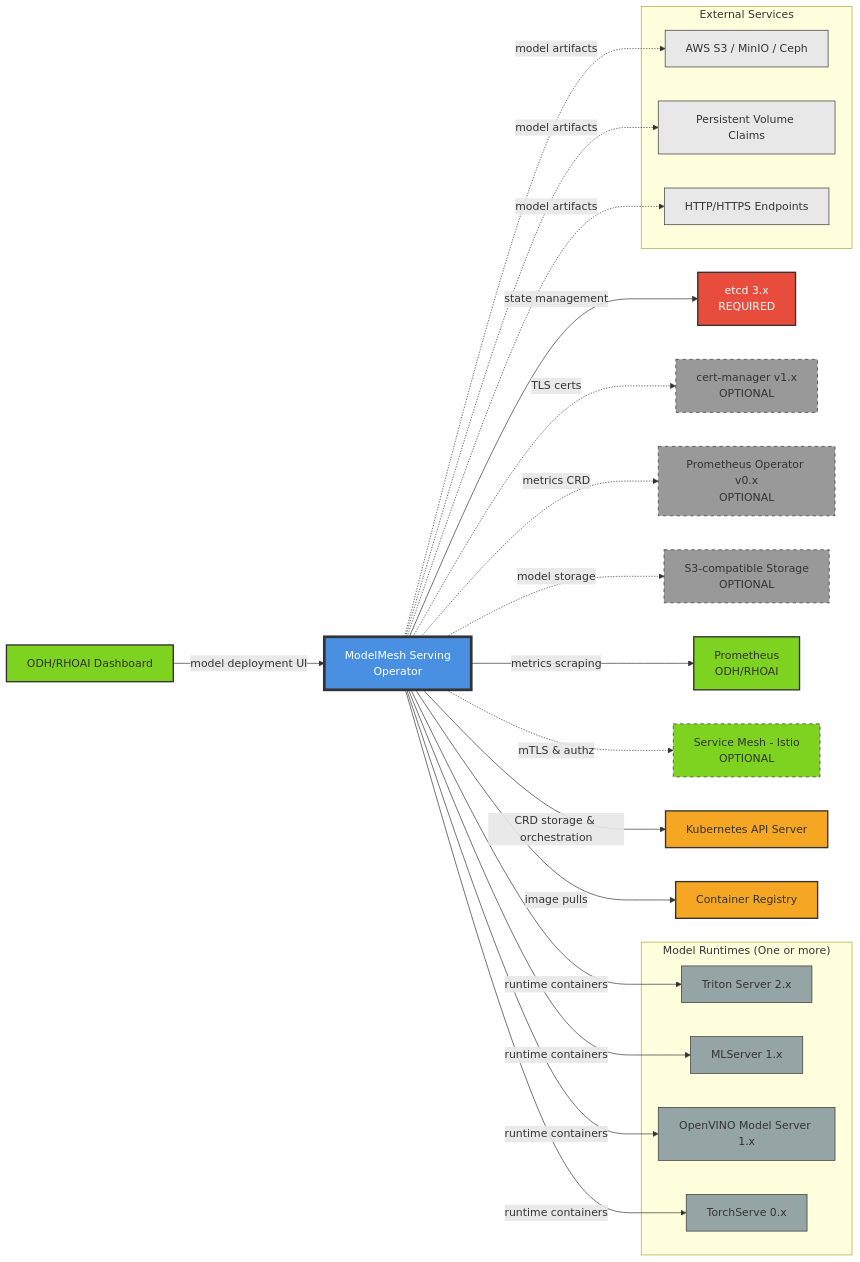
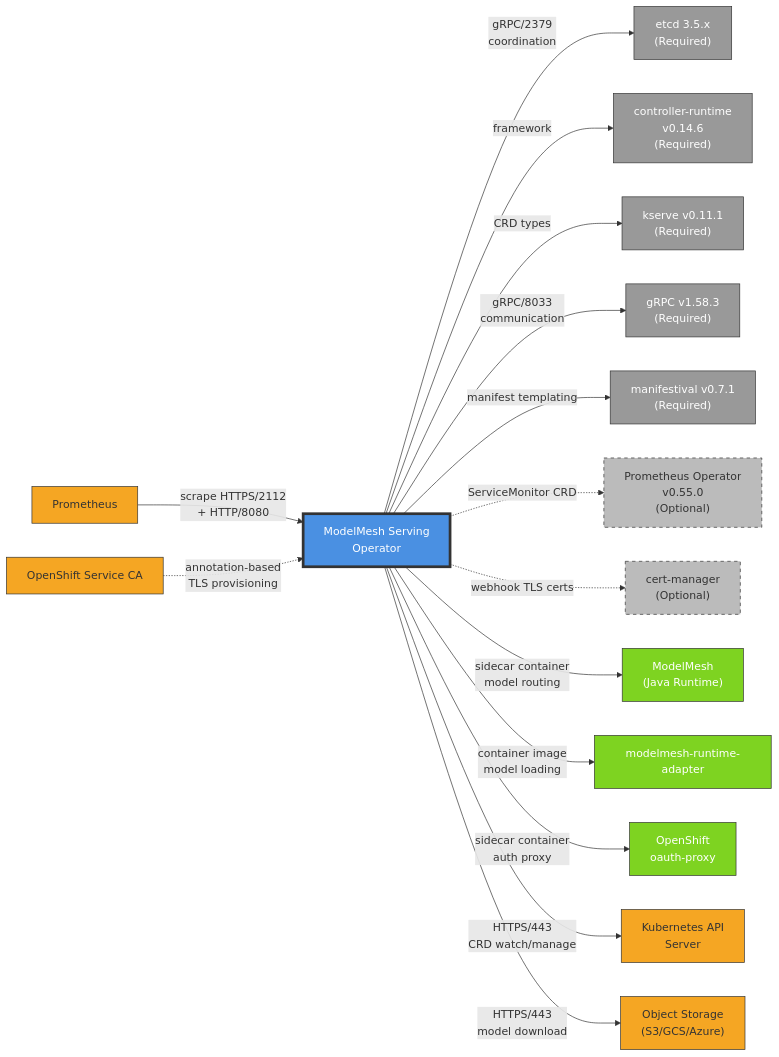
The diagram in architecture/rhoai-2.6/diagrams/modelmesh-serving-dependencies.mmd (rhuss/architecture-context), drawn with Mermaid before and after one commit. The commit also changed 325 other files, not shown here.

```diff
--- a/architecture/rhoai-2.6/diagrams/modelmesh-serving-dependencies.mmd
+++ b/architecture/rhoai-2.6/diagrams/modelmesh-serving-dependencies.mmd
@@ -1,74 +1,45 @@
+%% ModelMesh Serving - Component Dependency Graph
+%% Generated by: Claude Opus 4.6
+%% Source: architecture/rhoai-2.6/modelmesh-serving.md
+
 graph LR
-    ModelMesh[ModelMesh Serving<br/>Operator]
+    MMServing["ModelMesh Serving<br/>Operator"]
 
     %% External Dependencies (Required)
-    ModelMesh -->|state management| etcd[etcd 3.x<br/>REQUIRED]
+    MMServing -->|"gRPC/2379<br/>coordination"| etcd["etcd 3.5.x<br/>(Required)"]
+    MMServing -->|"framework"| ControllerRuntime["controller-runtime<br/>v0.14.6<br/>(Required)"]
+    MMServing -->|"CRD types"| KServe["kserve v0.11.1<br/>(Required)"]
+    MMServing -->|"gRPC/8033<br/>communication"| gRPC["gRPC v1.58.3<br/>(Required)"]
+    MMServing -->|"manifest templating"| Manifestival["manifestival v0.7.1<br/>(Required)"]
 
     %% External Dependencies (Optional)
-    ModelMesh -.->|TLS certs| CertManager[cert-manager v1.x<br/>OPTIONAL]
-    ModelMesh -.->|metrics CRD| PrometheusOp[Prometheus Operator v0.x<br/>OPTIONAL]
-    ModelMesh -.->|model storage| S3[S3-compatible Storage<br/>OPTIONAL]
+    MMServing -.->|"ServiceMonitor CRD"| PrometheusOp["Prometheus Operator<br/>v0.55.0<br/>(Optional)"]
+    MMServing -.->|"webhook TLS certs"| CertManager["cert-manager<br/>(Optional)"]
 
-    %% Internal ODH/RHOAI Dependencies
-    ModelMesh -->|metrics scraping| Prometheus[Prometheus<br/>ODH/RHOAI]
-    ModelMesh -.->|mTLS & authz| ServiceMesh[Service Mesh - Istio<br/>OPTIONAL]
+    %% Internal ODH Dependencies
+    MMServing -->|"sidecar container<br/>model routing"| ModelMeshJava["ModelMesh<br/>(Java Runtime)"]
+    MMServing -->|"container image<br/>model loading"| RuntimeAdapter["modelmesh-runtime-adapter"]
+    MMServing -->|"sidecar container<br/>auth proxy"| OAuthProxy["OpenShift<br/>oauth-proxy"]
 
     %% Integration Points
-    Dashboard[ODH/RHOAI Dashboard] -->|model deployment UI| ModelMesh
-
-    %% Kubernetes Platform
-    ModelMesh -->|CRD storage & orchestration| K8sAPI[Kubernetes API Server]
-    ModelMesh -->|image pulls| Registry[Container Registry]
-
-    %% Runtime Dependencies
-    subgraph "Model Runtimes (One or more)"
-        Triton[Triton Server 2.x]
-        MLServer[MLServer 1.x]
-        OpenVINO[OpenVINO Model Server 1.x]
-        TorchServe[TorchServe 0.x]
-    end
-
-    ModelMesh -->|runtime containers| Triton
-    ModelMesh -->|runtime containers| MLServer
-    ModelMesh -->|runtime containers| OpenVINO
-    ModelMesh -->|runtime containers| TorchServe
-
-    %% External Services
-    subgraph "External Services"
-        S3Service["AWS S3 / MinIO / Ceph"]
-        PVC["Persistent Volume Claims"]
-        HTTPEndpoints["HTTP/HTTPS Endpoints"]
-    end
-
-    ModelMesh -.->|model artifacts| S3Service
-    ModelMesh -.->|model artifacts| PVC
-    ModelMesh -.->|model artifacts| HTTPEndpoints
+    MMServing -->|"HTTPS/443<br/>CRD watch/manage"| K8sAPI["Kubernetes API<br/>Server"]
+    MMServing -->|"HTTPS/443<br/>model download"| ObjectStorage["Object Storage<br/>(S3/GCS/Azure)"]
+    Prometheus["Prometheus"] -->|"scrape HTTPS/2112<br/>+ HTTP/8080"| MMServing
+    ServiceCA["OpenShift Service CA"] -.->|"annotation-based<br/>TLS provisioning"| MMServing
 
     %% Styling
-    style ModelMesh fill:#4a90e2,stroke:#333,stroke-width:4px,color:#fff
-
-    %% External dependencies
-    style etcd fill:#e74c3c,stroke:#333,stroke-width:2px,color:#fff
-    style CertManager fill:#999,stroke:#333,stroke-width:1px,stroke-dasharray: 5 5
-    style PrometheusOp fill:#999,stroke:#333,stroke-width:1px,stroke-dasharray: 5 5
-    style S3 fill:#999,stroke:#333,stroke-width:1px,stroke-dasharray: 5 5
-
-    %% Internal dependencies
-    style Prometheus fill:#7ed321,stroke:#333,stroke-width:2px
-    style ServiceMesh fill:#7ed321,stroke:#333,stroke-width:1px,stroke-dasharray: 5 5
-    style Dashboard fill:#7ed321,stroke:#333,stroke-width:2px
-
-    %% Platform
-    style K8sAPI fill:#f5a623,stroke:#333,stroke-width:2px
-    style Registry fill:#f5a623,stroke:#333,stroke-width:2px
-
-    %% Runtimes
-    style Triton fill:#95a5a6,stroke:#333
-    style MLServer fill:#95a5a6,stroke:#333
-    style OpenVINO fill:#95a5a6,stroke:#333
-    style TorchServe fill:#95a5a6,stroke:#333
-
-    %% External services
-    style S3Service fill:#e8e8e8,stroke:#333
-    style PVC fill:#e8e8e8,stroke:#333
-    style HTTPEndpoints fill:#e8e8e8,stroke:#333
+    style MMServing fill:#4a90e2,stroke:#333,stroke-width:4px,color:#fff
+    style etcd fill:#999,stroke:#333,color:#fff
+    style ControllerRuntime fill:#999,stroke:#333,color:#fff
+    style KServe fill:#999,stroke:#333,color:#fff
+    style gRPC fill:#999,stroke:#333,color:#fff
+    style Manifestival fill:#999,stroke:#333,color:#fff
+    style PrometheusOp fill:#bbb,stroke:#333,stroke-dasharray: 5 5
+    style CertManager fill:#bbb,stroke:#333,stroke-dasharray: 5 5
+    style ModelMeshJava fill:#7ed321,stroke:#333,color:#fff
+    style RuntimeAdapter fill:#7ed321,stroke:#333,color:#fff
+    style OAuthProxy fill:#7ed321,stroke:#333,color:#fff
+    style K8sAPI fill:#f5a623,stroke:#333
+    style ObjectStorage fill:#f5a623,stroke:#333
+    style Prometheus fill:#f5a623,stroke:#333
+    style ServiceCA fill:#f5a623,stroke:#333
```
